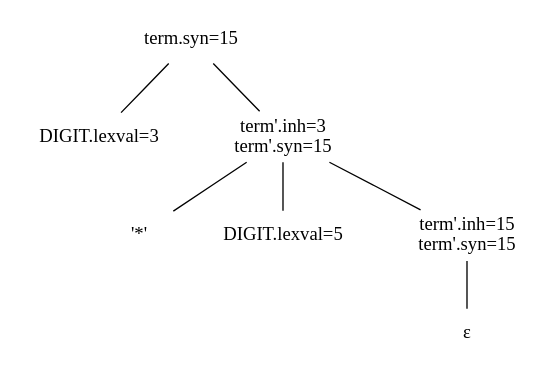
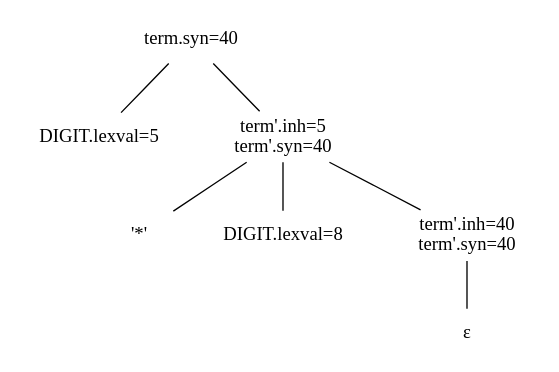
One commit to Compilerbau/Lecture changed the diagram in markdown/semantics/attribgrammars/images/annotatedparsetree2.dot. Above: the diagram before and after it, drawn with Graphviz. The commit also changed 3 other files, not shown here.

```diff
--- a/markdown/semantics/attribgrammars/images/annotatedparsetree2.dot
+++ b/markdown/semantics/attribgrammars/images/annotatedparsetree2.dot
@@ -1,26 +1,26 @@
 // dot -Tpdf annotatedparsetree2.dot -o annotatedparsetree2.pdf  &&   dot -Tpng annotatedparsetree2.dot -o annotatedparsetree2.png
 
 digraph annotatedparsetree2 {
     node [shape=plaintext];
     edge [arrowhead="none"];
 
     t1 -> d1
     t1 -> t2
     
     t2 -> m1
     t2 -> d2
     t2 -> t3
     
     t3 -> eps
 
-    t1 [label="term.syn=15"];
-    t2 [label="term'.inh=3\nterm'.syn=15"];
-    t3 [label="term'.inh=15\nterm'.syn=15"];
+    t1 [label="term.syn=40"];
+    t2 [label="term'.inh=5\nterm'.syn=40"];
+    t3 [label="term'.inh=40\nterm'.syn=40"];
     
     eps [label="ε"];
     
-    d1 [label="DIGIT.lexval=3"];
-    d2 [label="DIGIT.lexval=5"];
+    d1 [label="DIGIT.lexval=5"];
+    d2 [label="DIGIT.lexval=8"];
     
     m1 [label="'*'"];
 }
```
